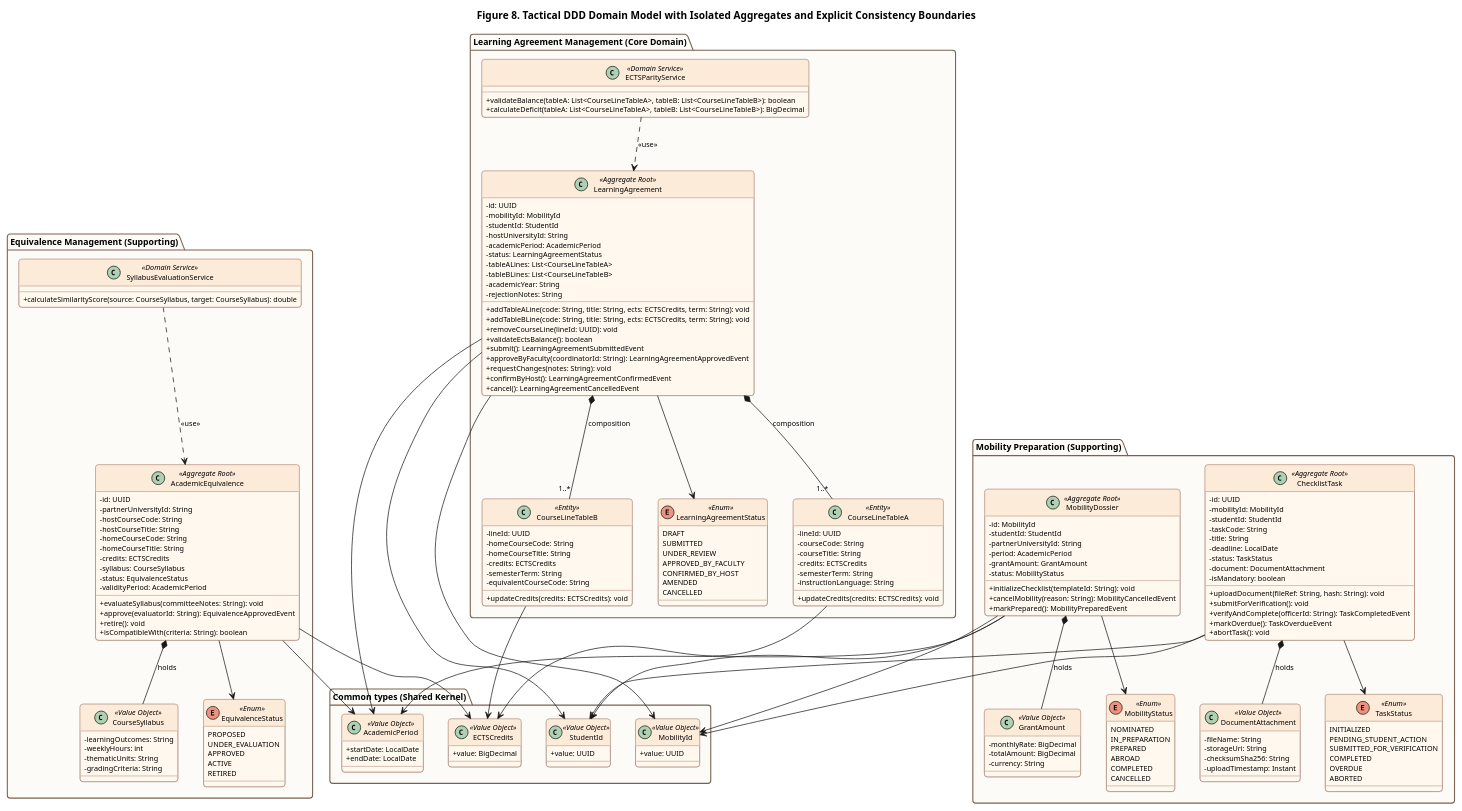
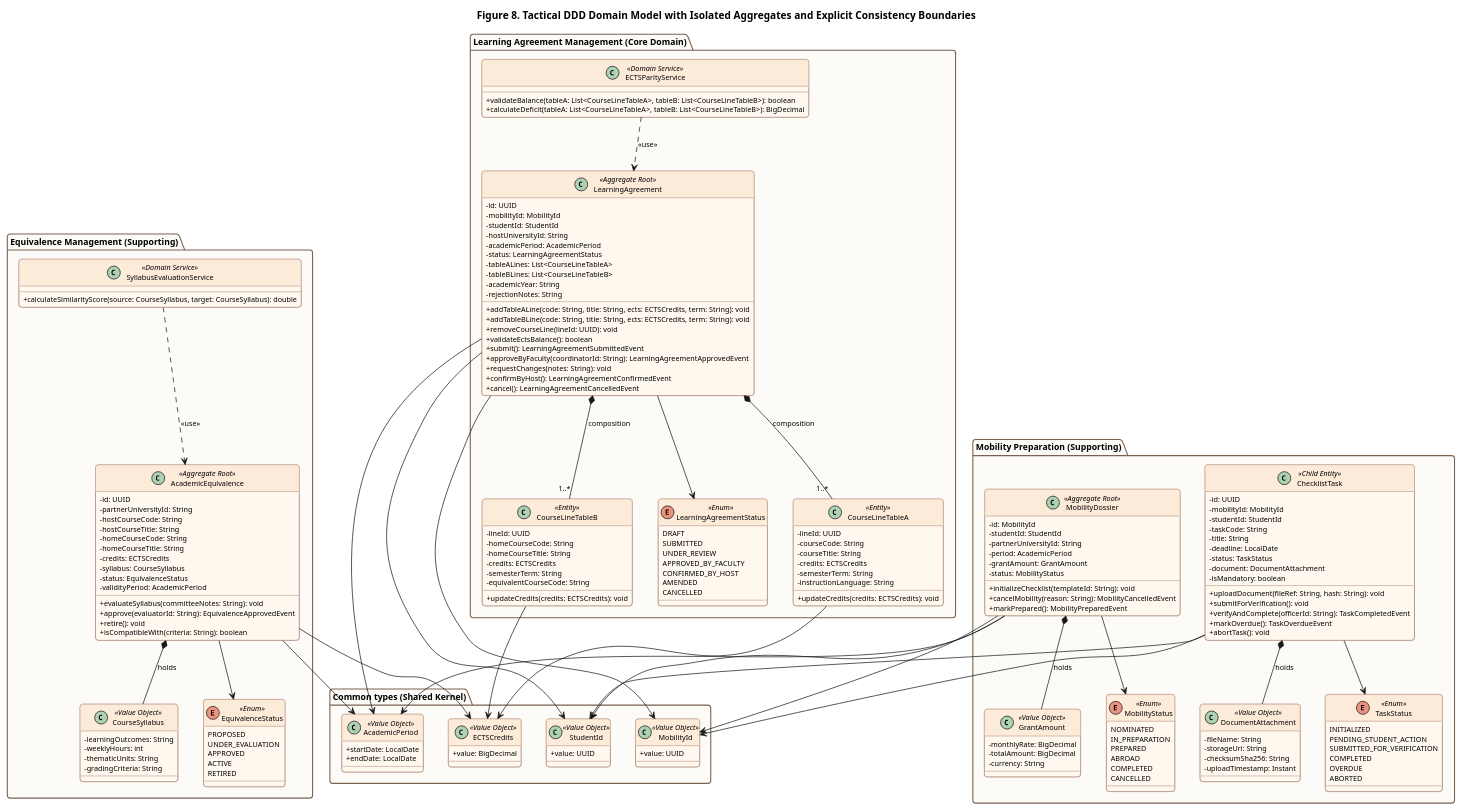
Before and after one commit to prigo929/erasmus-mobility-platform: the diagram in docs/diagrams/fig8-tactical-domain-model.puml, drawn with PlantUML. The commit also changed 10 other files, not shown here.

```diff
--- a/docs/diagrams/fig8-tactical-domain-model.puml
+++ b/docs/diagrams/fig8-tactical-domain-model.puml
@@ -160,7 +160,7 @@
     + markPrepared(): MobilityPreparedEvent
   }
 
-  class ChecklistTask <<Aggregate Root>> {
+  class ChecklistTask <<Child Entity>> {
     - id: UUID
     - mobilityId: MobilityId
     - studentId: StudentId
```
